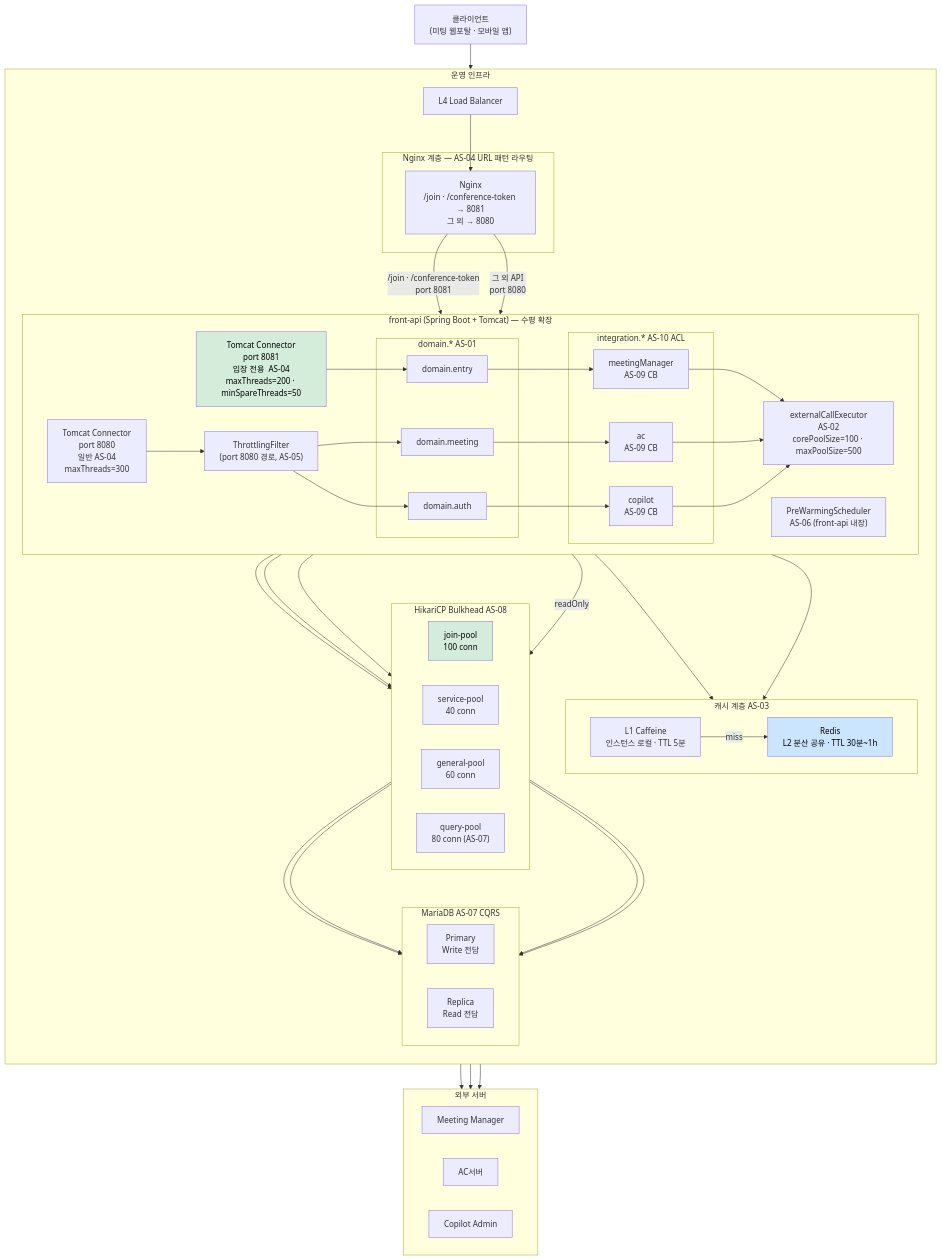
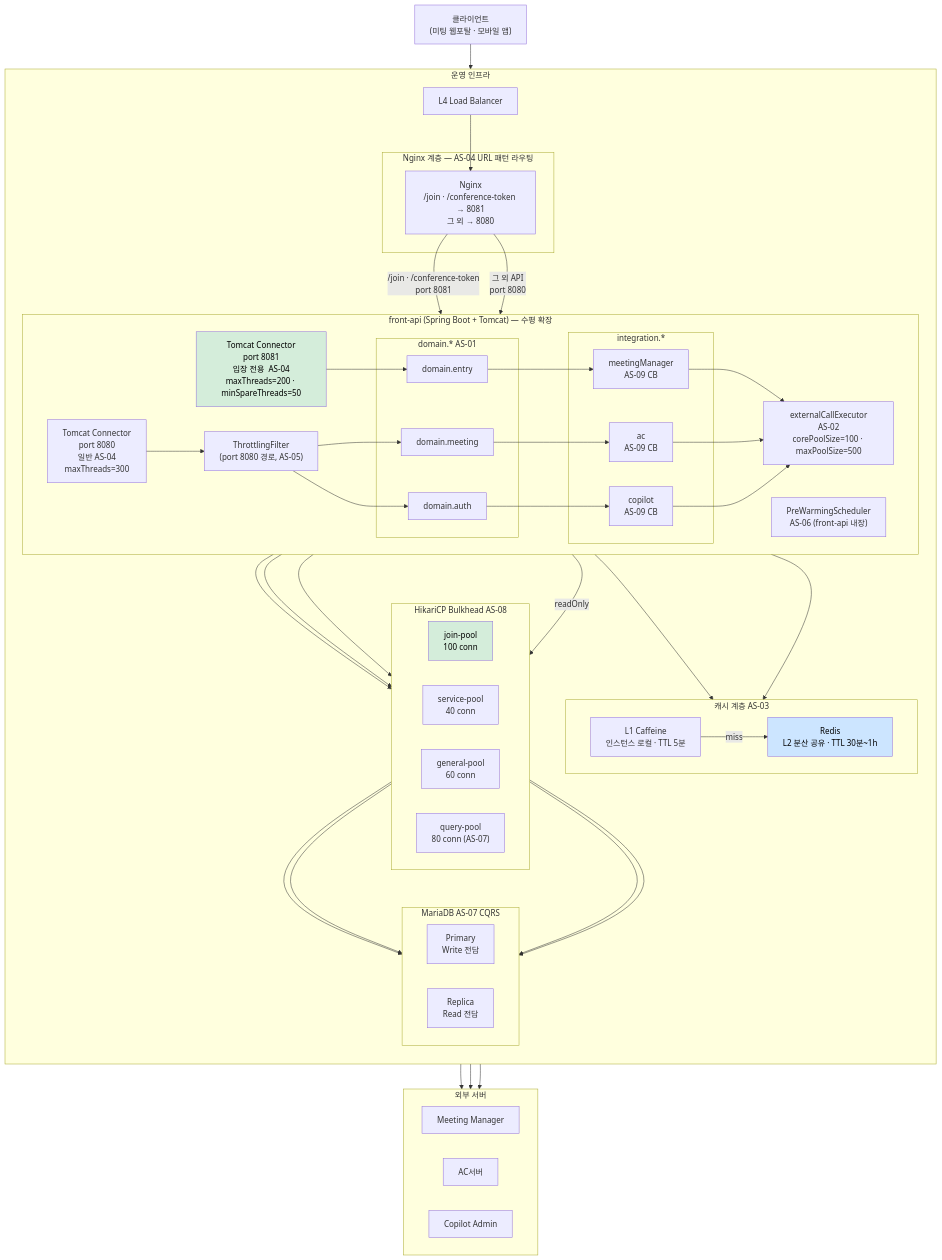
One commit to sujinnkim/A_Personal changed the seventh of 7 diagrams in report/4/4.2-실행뷰.md. Above: the diagram before and after it, drawn with Mermaid. The commit also changed other lines of this file and 24 other files, not shown here.

```diff
--- a/report/4/4.2-실행뷰.md
+++ b/report/4/4.2-실행뷰.md
@@ -438,7 +436,7 @@
                 DM["domain.meeting"]
             end
 
-            subgraph INTEGRATION_LAYER["integration.*  AS-10 ACL"]
+            subgraph INTEGRATION_LAYER["integration.*"]
                 MM_INT["meetingManager\nAS-09 CB"]
                 AC_INT["ac\nAS-09 CB"]
                 CP_INT["copilot\nAS-09 CB"]
```
